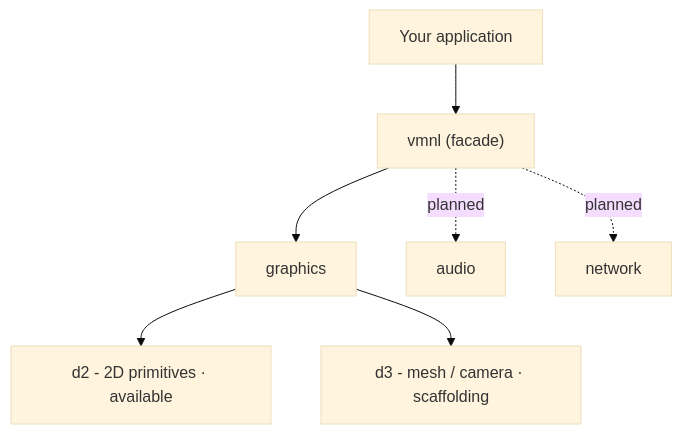
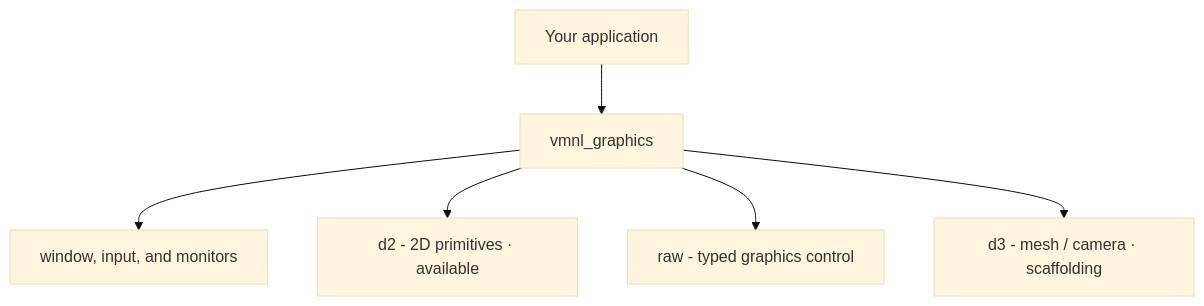
The diagram in README.md (VMNL/vmnl), drawn with Mermaid (base theme) before and after one commit. The commit also changed other lines of this file and 224 other files, not shown here.

First line of the commit message:
refactor(graphics)!: remove facade and document standalone API

````diff
--- a/README.md
+++ b/README.md
@@ -88,9 +87,8 @@
 ```mermaid
 flowchart TD
-    APP["Your application"] --> VMNL["vmnl (facade)"]
-    VMNL --> G["graphics"]
-    VMNL -. planned .-> A["audio"]
-    VMNL -. planned .-> N["network"]
+    APP["Your application"] --> G["vmnl_graphics"]
+    G --> W["window, input, and monitors"]
     G --> D2["d2 - 2D primitives · available"]
+    G --> R["raw - typed graphics control"]
     G --> D3["d3 - mesh / camera · scaffolding"]
 ```
````
